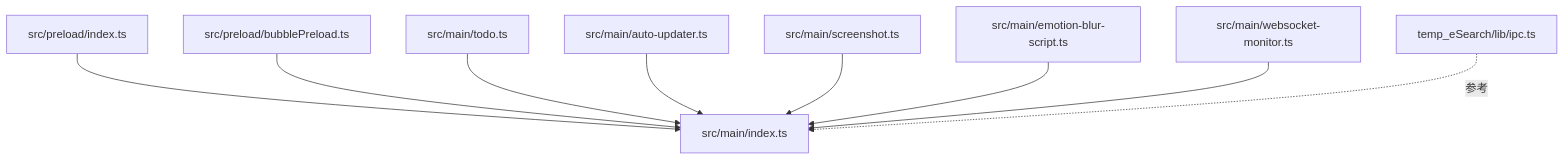
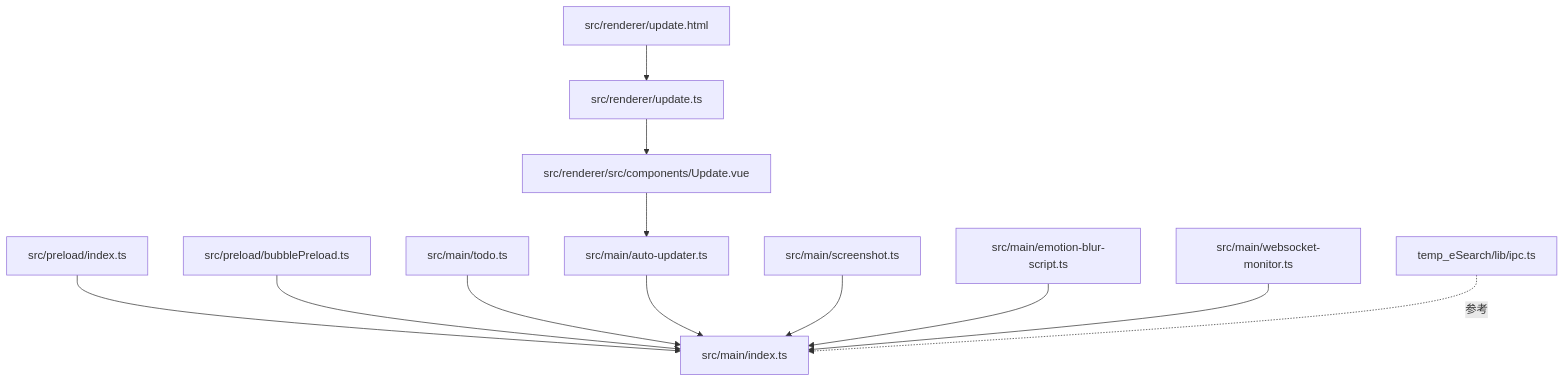
The third of 5 diagrams in .qoder/repowiki/zh/content/API参考/API参考.md (tutusiji/WoaApp), drawn with Mermaid before and after one commit. The commit also changed other lines of this file and 4 other files, not shown here.

````diff
--- a/.qoder/repowiki/zh/content/API参考/API参考.md
+++ b/.qoder/repowiki/zh/content/API参考/API参考.md
@@ -307,11 +373,14 @@
 ```mermaid
 graph TB
 A["src/preload/index.ts"] --> B["src/main/index.ts"]
 C["src/preload/bubblePreload.ts"] --> B
 D["src/main/todo.ts"] --> B
 E["src/main/auto-updater.ts"] --> B
 F["src/main/screenshot.ts"] --> B
 G["src/main/emotion-blur-script.ts"] --> B
 H["src/main/websocket-monitor.ts"] --> B
 I["temp_eSearch/lib/ipc.ts"] -. 参考 .-> B
+J["src/renderer/src/components/Update.vue"] --> E
+K["src/renderer/update.ts"] --> J
+L["src/renderer/update.html"] --> K
 ```
````
